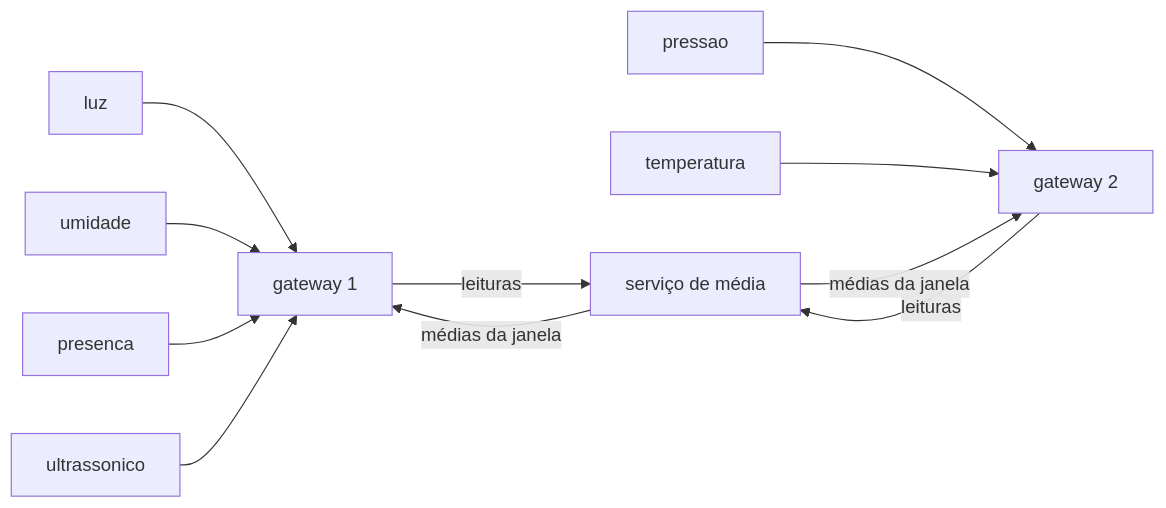
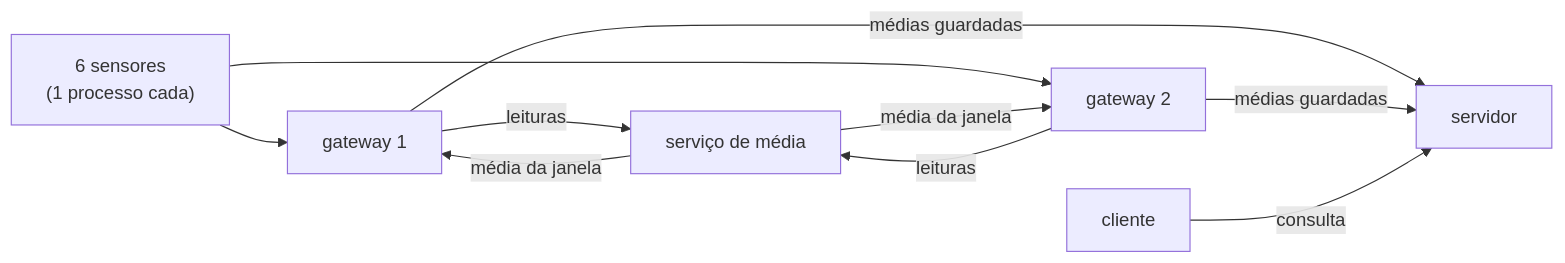
Before and after one commit to bugFlavia/projeto-sistemas-distribuidos: the diagram in README.md, drawn with Mermaid. The commit also changed other lines of this file, not shown here.

First line of the commit message:
docs: documenta o servidor, o cliente e o novo fluxo

````diff
--- a/README.md
+++ b/README.md
@@ -44,13 +46,12 @@
 ```mermaid
 flowchart LR
-    S1["luz"] --> G1["gateway 1"]
-    S2["umidade"] --> G1
-    S3["presenca"] --> G1
-    S4["ultrassonico"] --> G1
-    S5["pressao"] --> G2["gateway 2"]
-    S6["temperatura"] --> G2
+    S["6 sensores<br/>(1 processo cada)"] --> G1["gateway 1"]
+    S --> G2["gateway 2"]
     G1 -->|"leituras"| M["serviço de média"]
-    M -->|"médias da janela"| G1
+    M -->|"média da janela"| G1
     G2 -->|"leituras"| M
-    M -->|"médias da janela"| G2
+    M -->|"média da janela"| G2
+    G1 -->|"médias guardadas"| SV["servidor"]
+    G2 -->|"médias guardadas"| SV
+    CL["cliente"] -->|"consulta"| SV
 ```
````
